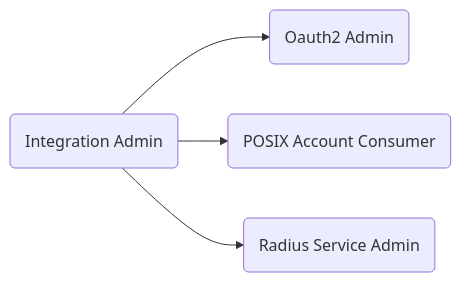
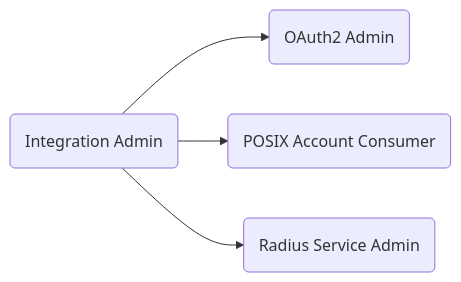
One commit to kanidm/kanidm changed the third of 12 diagrams in book/src/developers/designs/access_control_defaults.md. Above: the diagram before and after it, drawn with Mermaid. The commit also changed other lines of this file and 38 other files, not shown here.

````diff
--- a/book/src/developers/designs/access_control_defaults.md
+++ b/book/src/developers/designs/access_control_defaults.md
@@ -54,7 +54,7 @@
 ```mermaid
 graph LR
 
-IntegrationAdmin("Integration Admin") --> Oauth2Admin("Oauth2 Admin")
+IntegrationAdmin("Integration Admin") --> OAuth2Admin("OAuth2 Admin")
 IntegrationAdmin("Integration Admin") --> PosixAccountConsumer("POSIX Account Consumer")
 IntegrationAdmin("Integration Admin") --> RadiusServiceAdmin("Radius Service Admin")
 ```
````
